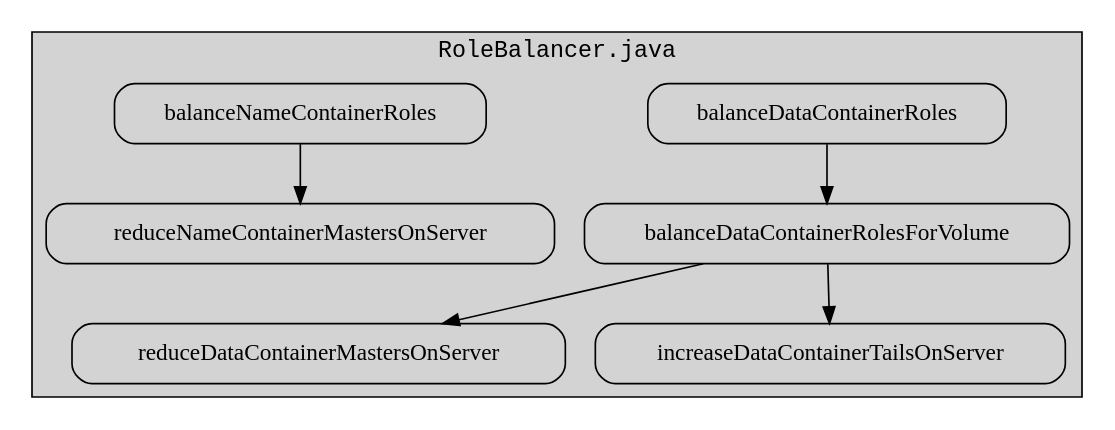
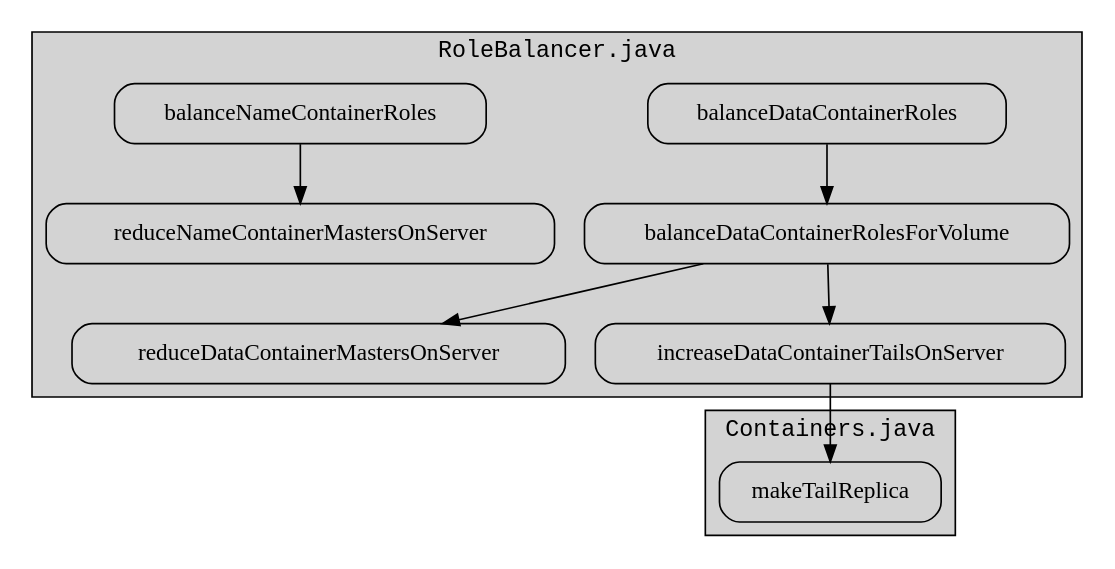
One commit to pboddupalli/work-documentation changed the diagram in cldb/codeflow/RoleBalancer.dot. Above: the diagram before and after it, drawn with Graphviz.

Commit message:
Another incremental update

```diff
--- a/cldb/codeflow/RoleBalancer.dot
+++ b/cldb/codeflow/RoleBalancer.dot
@@ -1,13 +1,20 @@
 digraph G {
 	compound = false;
 	fontname = "Courier";
 	node [shape="box",style="rounded"];
 
 	subgraph cluster_0 {
 		label = "RoleBalancer.java";
 		style = "filled";
 		balanceDataContainerRoles -> balanceDataContainerRolesForVolume -> reduceDataContainerMastersOnServer;
 		balanceDataContainerRolesForVolume -> increaseDataContainerTailsOnServer;
 		balanceNameContainerRoles -> reduceNameContainerMastersOnServer;
 	}
+
+	subgraph cluster_1 {
+		label = "Containers.java";
+		style = "filled";
+		makeTailReplica;
+	}
+	increaseDataContainerTailsOnServer -> makeTailReplica;
 }
```
